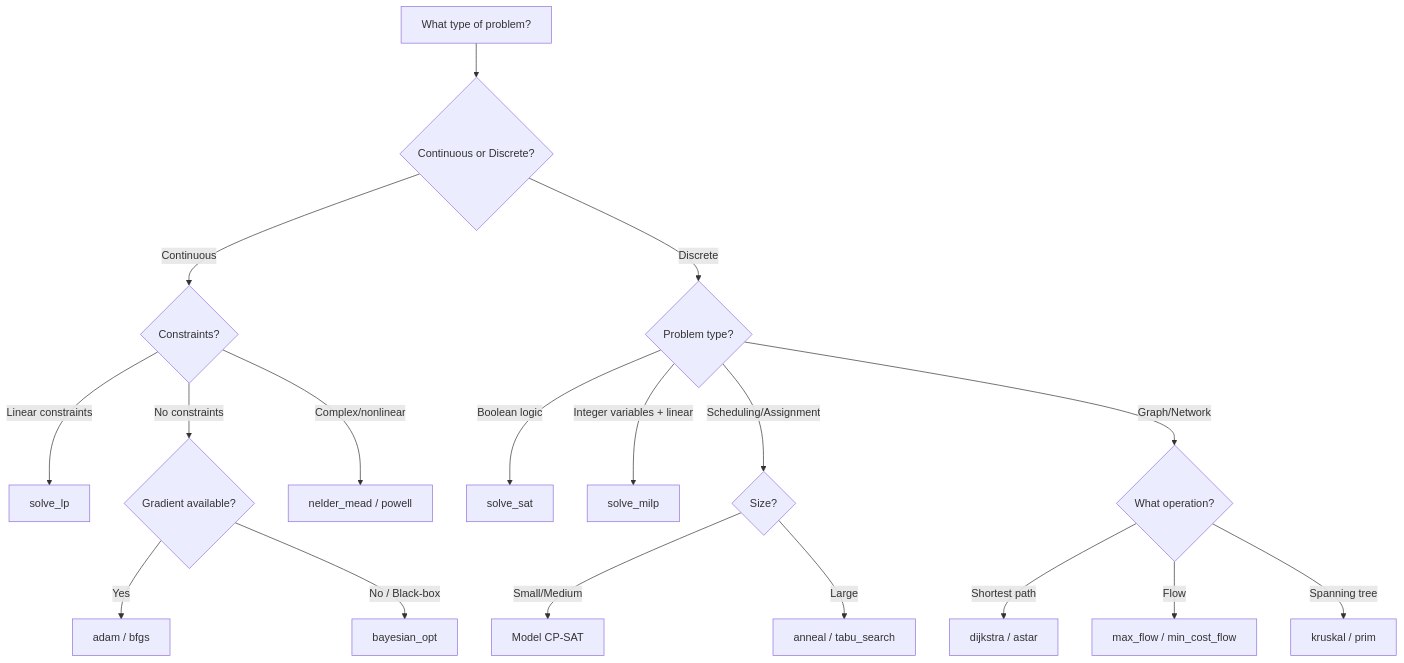
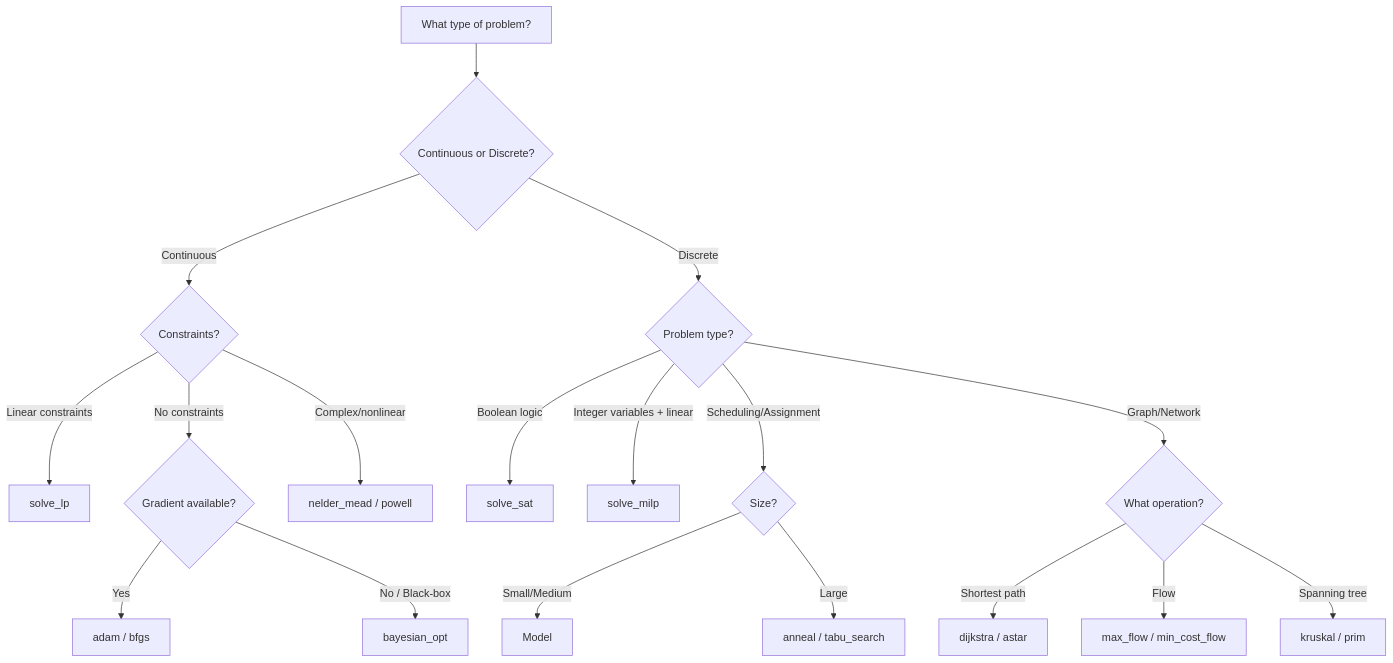
One commit to StevenBtw/solvOR changed the diagram in docs/getting-started/choosing-solver.md. Above: the diagram before and after it, drawn with Mermaid. The commit also changed other lines of this file and 26 other files, not shown here.

````diff
--- a/docs/getting-started/choosing-solver.md
+++ b/docs/getting-started/choosing-solver.md
@@ -7,25 +7,25 @@
 ```mermaid
 flowchart TD
     A[What type of problem?] --> B{Continuous or Discrete?}
     B -->|Continuous| C{Constraints?}
     B -->|Discrete| D{Problem type?}
 
     C -->|Linear constraints| E[solve_lp]
     C -->|No constraints| F{Gradient available?}
     C -->|Complex/nonlinear| G[nelder_mead / powell]
 
     F -->|Yes| H[adam / bfgs]
     F -->|No / Black-box| I[bayesian_opt]
 
     D -->|Boolean logic| J[solve_sat]
     D -->|Integer variables + linear| K[solve_milp]
     D -->|Scheduling/Assignment| L{Size?}
     D -->|Graph/Network| M{What operation?}
 
-    L -->|Small/Medium| N[Model CP-SAT]
+    L -->|Small/Medium| N[Model]
     L -->|Large| O[anneal / tabu_search]
 
     M -->|Shortest path| P[dijkstra / astar]
     M -->|Flow| Q[max_flow / min_cost_flow]
     M -->|Spanning tree| R[kruskal / prim]
 ```
````
